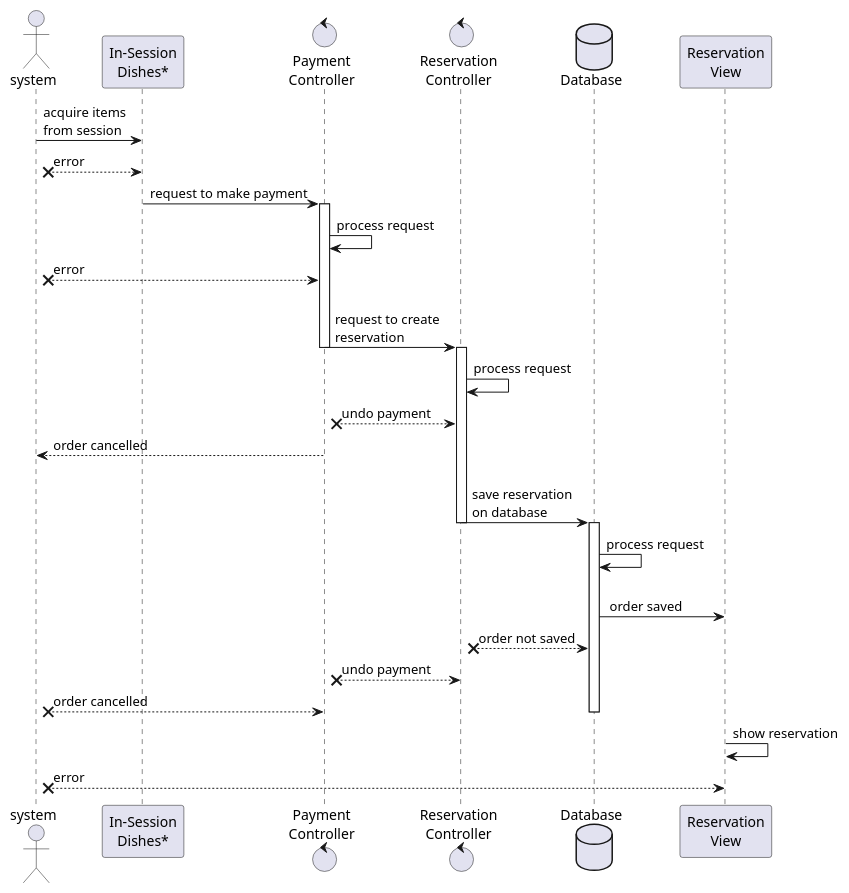
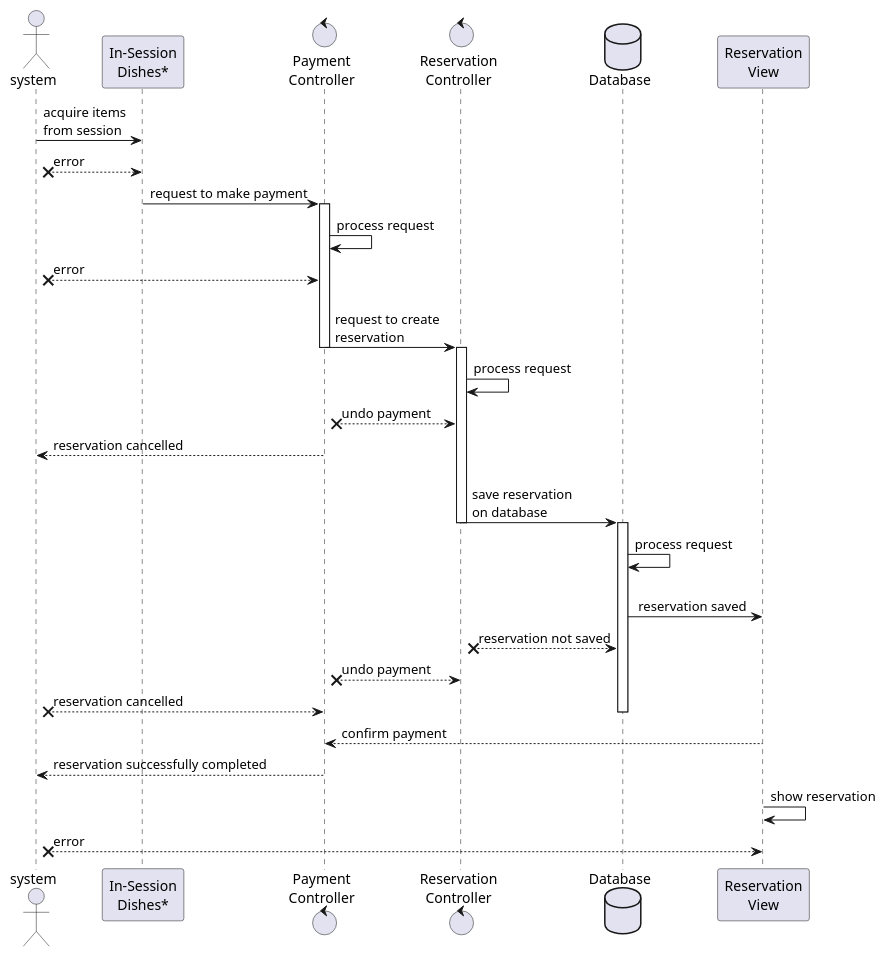
Before and after one commit to TommasoScalici/FoodDelivery: the diagram in src/main/java/unipa/fooddelivery/diagrams/sequence/system/reservationProcessing.wsd, drawn with PlantUML. The commit also changed 1 other file, not shown here.

Commit message:
fix sequence diagram for reservation and order processing

```diff
--- a/src/main/java/unipa/fooddelivery/diagrams/sequence/system/reservationProcessing.wsd
+++ b/src/main/java/unipa/fooddelivery/diagrams/sequence/system/reservationProcessing.wsd
@@ -1,40 +1,43 @@
 @startuml reservationProcessing
 
 actor system
 participant "In-Session\nDishes*" as dishes
 control "Payment\nController" as paymentController
 control "Reservation\nController" as reservationController
 Database Database as db
 participant "Reservation\nView" as ReservationView
 
 system -> dishes : acquire items\nfrom session
 system x-- dishes : error
 dishes -> paymentController : request to make payment
 
 activate paymentController
 paymentController -> paymentController : process request
 system x-- paymentController : error
 paymentController -> reservationController : \n request to create\n reservation
 deactivate paymentController
 
 activate reservationController
 reservationController -> reservationController : process request
 paymentController x-- reservationController : undo payment
-system <-- paymentController : order cancelled
+system <-- paymentController : reservation cancelled
 reservationController -> db : \n save reservation\n on database
 deactivate reservationController
 
 activate db
 db -> db : process request
-db -> ReservationView : \n order saved
-reservationController x-- db : order not saved
+db -> ReservationView : \n reservation saved
+reservationController x-- db : reservation not saved
 paymentController x-- reservationController : undo payment
-system x-- paymentController : order cancelled
+system x-- paymentController : reservation cancelled
 deactivate db
+ 
+paymentController <-- ReservationView : confirm payment
+system <-- paymentController : reservation successfully completed
 
 ReservationView -> ReservationView : show reservation
 system x-- ReservationView : error
 
 
 
 @enduml
```
